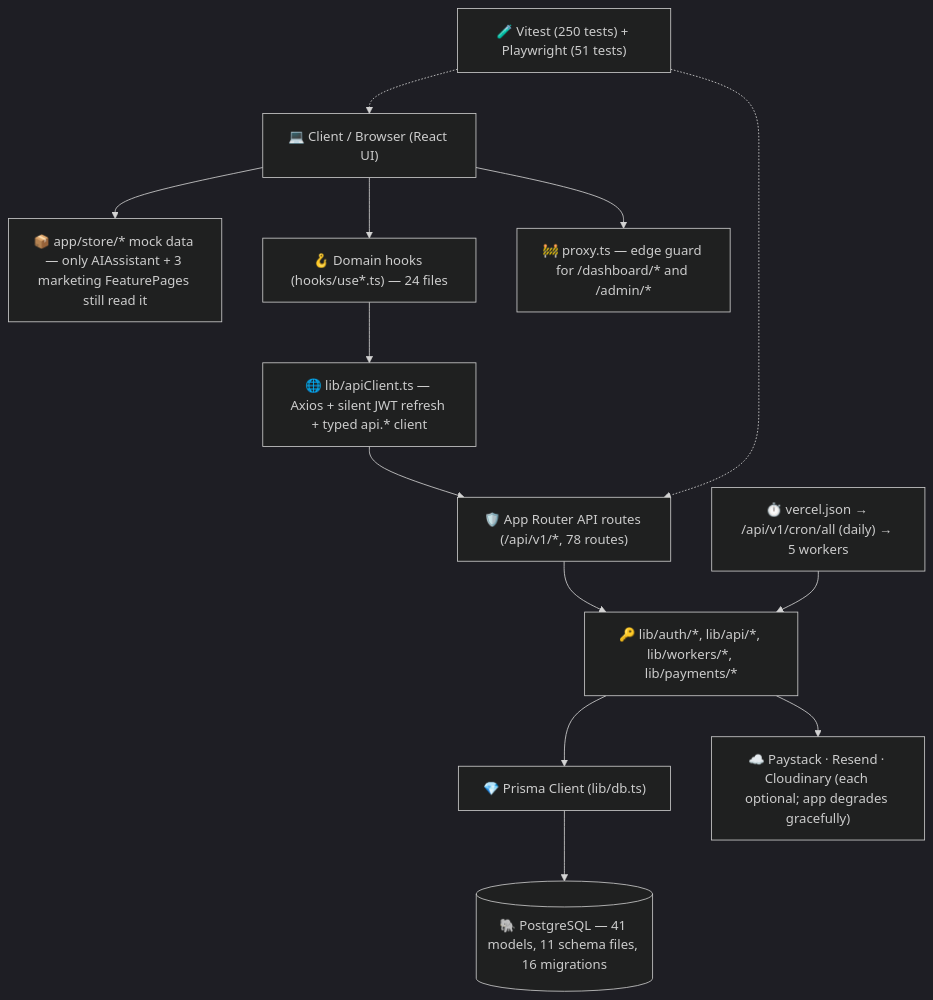
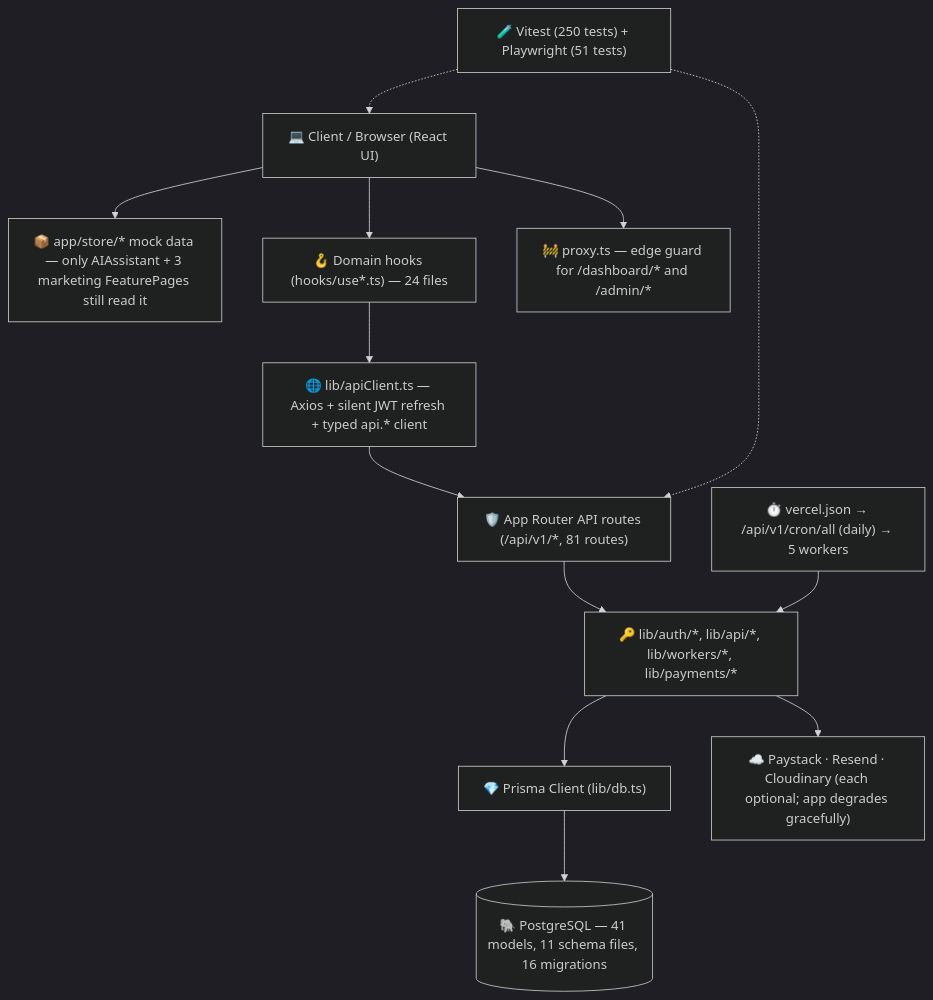
One commit to Proplity/proplity changed the diagram in PROJECT_STRUCTURE.md. Above: the diagram before and after it, drawn with Mermaid (dark theme). The commit also changed other lines of this file and 13 other files, not shown here.

````diff
--- a/PROJECT_STRUCTURE.md
+++ b/PROJECT_STRUCTURE.md
@@ -11,28 +11,28 @@
 ```mermaid
 graph TD
     Client["💻 Client / Browser (React UI)"]
     Store["📦 app/store/* mock data — only AIAssistant + 3 marketing FeaturePages still read it"]
     Hooks["🪝 Domain hooks (hooks/use*.ts) — 24 files"]
     ApiClient["🌐 lib/apiClient.ts — Axios + silent JWT refresh + typed api.* client"]
     Proxy["🚧 proxy.ts — edge guard for /dashboard/* and /admin/*"]
-    NextApi["🛡️ App Router API routes (/api/v1/*, 78 routes)"]
+    NextApi["🛡️ App Router API routes (/api/v1/*, 81 routes)"]
     LibCore["🔑 lib/auth/*, lib/api/*, lib/workers/*, lib/payments/*"]
     PrismaClient["💎 Prisma Client (lib/db.ts)"]
     Postgres[("🐘 PostgreSQL — 41 models, 11 schema files, 16 migrations")]
     Cron["⏱️ vercel.json → /api/v1/cron/all (daily) → 5 workers"]
     Ext["☁️ Paystack · Resend · Cloudinary (each optional; app degrades gracefully)"]
     Tests["🧪 Vitest (250 tests) + Playwright (51 tests)"]
 
     Client --> Store
     Client --> Proxy
     Client --> Hooks
     Hooks --> ApiClient
     ApiClient --> NextApi
     NextApi --> LibCore
     LibCore --> PrismaClient
     LibCore --> Ext
     Cron --> LibCore
     PrismaClient --> Postgres
     Tests -.-> NextApi
     Tests -.-> Client
 ```
````
